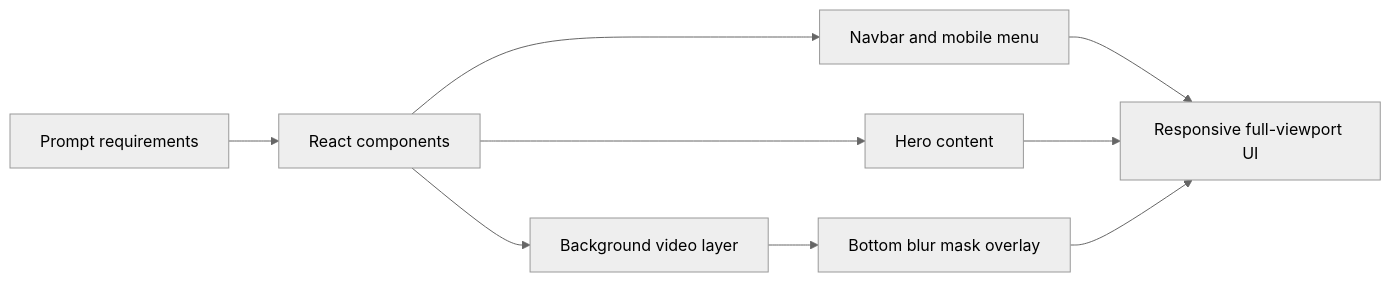
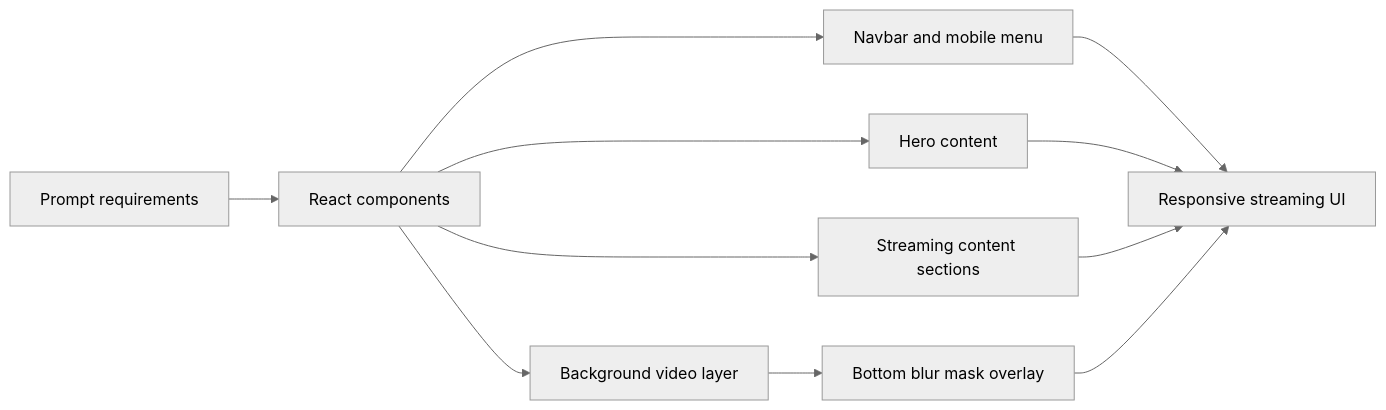
Before and after one commit to Nagadeepak1998/365-mini-projects: the diagram in projects/2026-06-10-cinematic-streaming-hero/README.md, drawn with Mermaid (neutral theme). The commit also changed other lines of this file and 5 other files, not shown here.

Commit message:
Expand cinematic streaming project sections

````diff
--- a/projects/2026-06-10-cinematic-streaming-hero/README.md
+++ b/projects/2026-06-10-cinematic-streaming-hero/README.md
@@ -30,11 +35,13 @@
 ```mermaid
 flowchart LR
   A[Prompt requirements] --> B[React components]
   B --> C[Navbar and mobile menu]
   B --> D[Hero content]
   B --> E[Background video layer]
-  E --> F[Bottom blur mask overlay]
-  C --> G[Responsive full-viewport UI]
-  D --> G
-  F --> G
+  B --> F[Streaming content sections]
+  E --> G[Bottom blur mask overlay]
+  C --> H[Responsive streaming UI]
+  D --> H
+  F --> H
+  G --> H
 ```
````
